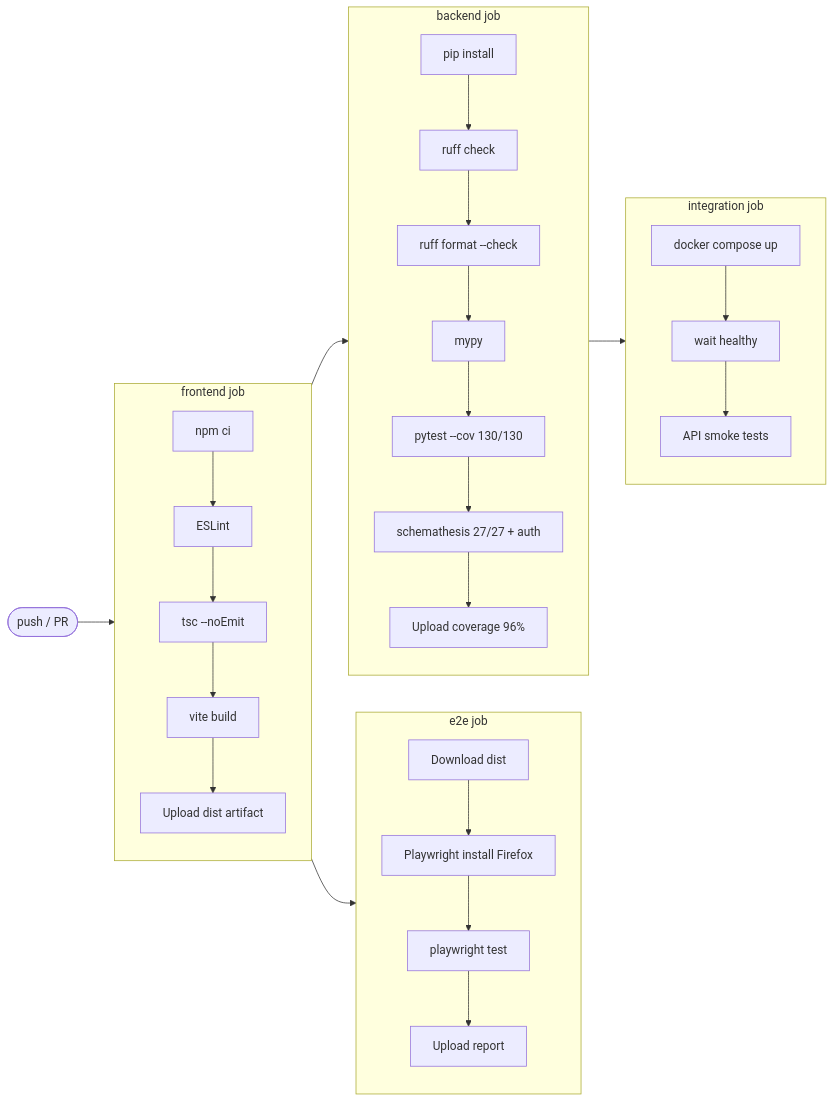
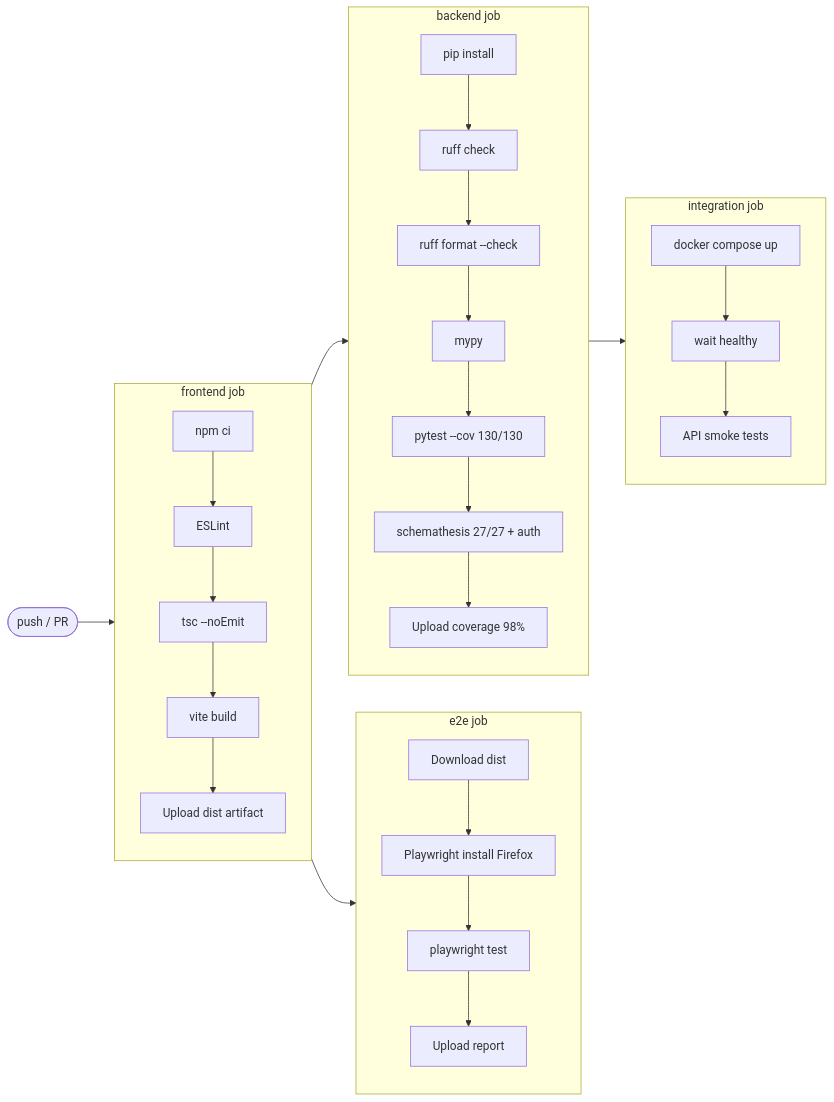
The second of 3 diagrams in README.md (Kensan196948G/ArcSphere3D), drawn with Mermaid before and after one commit. The commit also changed other lines of this file, not shown here.

````diff
--- a/README.md
+++ b/README.md
@@ -147,35 +149,35 @@
 ```mermaid
 flowchart LR
     A([push / PR]) --> F
 
     subgraph F["frontend job"]
         F1[npm ci] --> F2[ESLint]
         F2 --> F3[tsc --noEmit]
         F3 --> F4[vite build]
         F4 --> F5[Upload dist artifact]
     end
 
     subgraph E["e2e job"]
         E1[Download dist] --> E2[Playwright install Firefox]
         E2 --> E3[playwright test]
         E3 --> E4[Upload report]
     end
 
     subgraph B["backend job"]
         B1[pip install] --> B2[ruff check]
         B2 --> B3[ruff format --check]
         B3 --> B4[mypy]
         B4 --> B5[pytest --cov 130/130]
         B5 --> B6[schemathesis 27/27 + auth]
-        B6 --> B7[Upload coverage 96%]
+        B6 --> B7[Upload coverage 98%]
     end
 
     subgraph I["integration job"]
         I1[docker compose up] --> I2[wait healthy]
         I2 --> I3[API smoke tests]
     end
 
     F --> E
     F --> B
     B --> I
 ```
````
